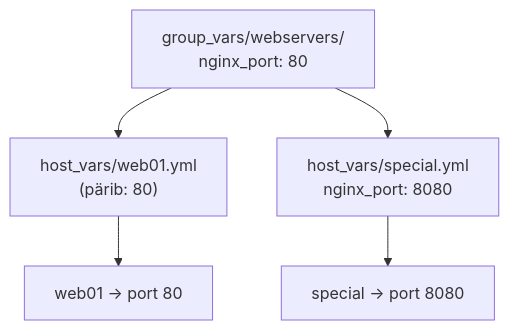
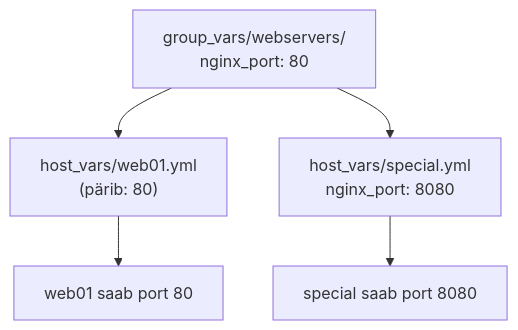
One commit to mtalvik/automatiseerimine_ext changed the second of 4 diagrams in docs/ansible_advanced/labor.md. Above: the diagram before and after it, drawn with Mermaid. The commit also changed other lines of this file, not shown here.

````diff
--- a/docs/ansible_advanced/labor.md
+++ b/docs/ansible_advanced/labor.md
@@ -85,8 +94,8 @@
 ```mermaid
 graph TD
     A["group_vars/webservers/<br/>nginx_port: 80"] --> B["host_vars/web01.yml<br/>(pärib: 80)"]
     A --> C["host_vars/special.yml<br/>nginx_port: 8080"]
     
-    B --> D["web01 → port 80"]
-    C --> E["special → port 8080"]
+    B --> D["web01 saab port 80"]
+    C --> E["special saab port 8080"]
 ```
````
